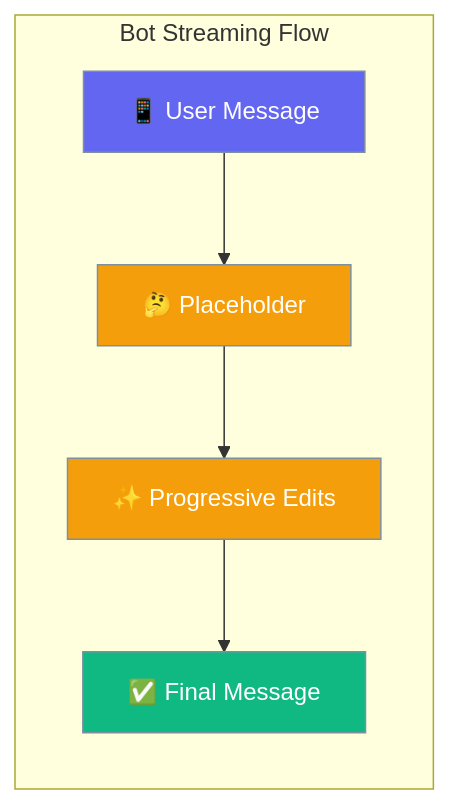
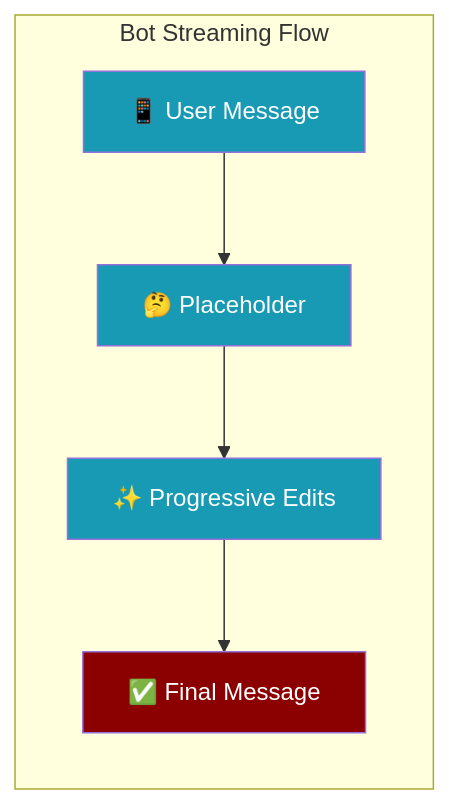
Before and after one commit to MervinPraison/PraisonAIDocs: the first of 6 diagrams in docs/features/bot-streaming-replies.mdx, drawn with Mermaid. The commit also changed 24 other files, not shown here.

````diff
--- a/docs/features/bot-streaming-replies.mdx
+++ b/docs/features/bot-streaming-replies.mdx
@@ -10,16 +10,14 @@
 ```mermaid
 graph LR
     subgraph "Bot Streaming Flow"
         A[📱 User Message] --> B[🤔 Placeholder]
         B --> C[✨ Progressive Edits]
         C --> D[✅ Final Message]
     end
     
-    classDef input fill:#6366F1,stroke:#7C90A0,color:#fff
-    classDef process fill:#F59E0B,stroke:#7C90A0,color:#fff
-    classDef output fill:#10B981,stroke:#7C90A0,color:#fff
+    classDef agent fill:#8B0000,color:#fff
+    classDef tool fill:#189AB4,color:#fff
     
-    class A input
-    class B,C process
-    class D output
+    class D agent
+    class A,B,C tool
 ```
````
